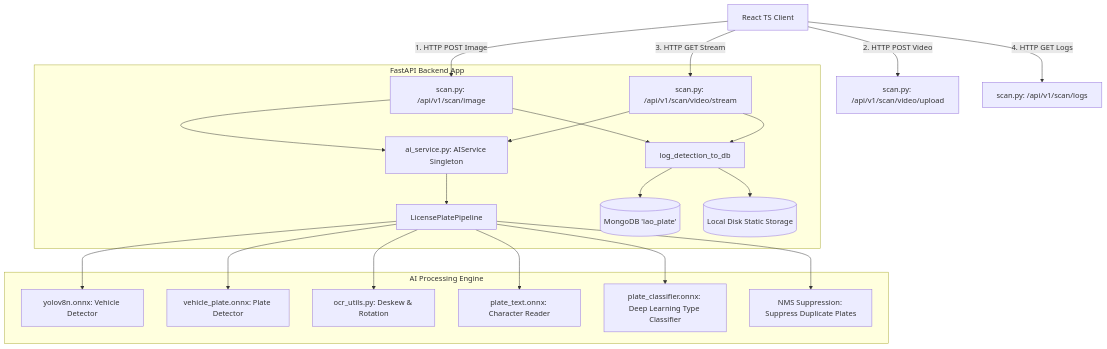
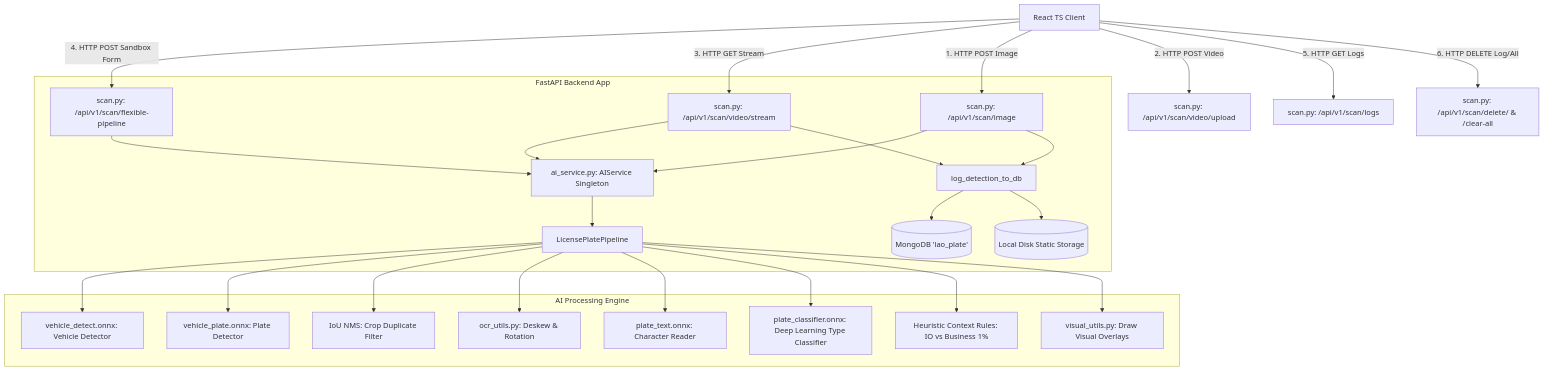
Before and after one commit to Billion101/laolicenceplate: the first of 2 diagrams in dev-document/ARCHITECTURE.md, drawn with Mermaid. The commit also changed other lines of this file and 3 other files, not shown here.

````diff
--- a/dev-document/ARCHITECTURE.md
+++ b/dev-document/ARCHITECTURE.md
@@ -11,26 +11,31 @@
 ```mermaid
 graph TD
     Client[React TS Client] -->|1. HTTP POST Image| API_Image[scan.py: /api/v1/scan/image]
     Client -->|2. HTTP POST Video| API_VidUp[scan.py: /api/v1/scan/video/upload]
     Client -->|3. HTTP GET Stream| API_VidStr[scan.py: /api/v1/scan/video/stream]
-    Client -->|4. HTTP GET Logs| API_Logs[scan.py: /api/v1/scan/logs]
+    Client -->|4. HTTP POST Sandbox Form| API_Sandbox[scan.py: /api/v1/scan/flexible-pipeline]
+    Client -->|5. HTTP GET Logs| API_Logs[scan.py: /api/v1/scan/logs]
+    Client -->|6. HTTP DELETE Log/All| API_Del[scan.py: /api/v1/scan/delete/ & /clear-all]
     
     subgraph FastAPI Backend App
         API_Image --> AIService[ai_service.py: AIService Singleton]
         API_VidStr --> AIService
+        API_Sandbox --> AIService
         AIService --> Pipeline[LicensePlatePipeline]
         API_Image --> DB_Log[log_detection_to_db]
         API_VidStr --> DB_Log
         DB_Log --> MongoDB[(MongoDB 'lao_plate')]
         DB_Log --> LocalDisk[(Local Disk Static Storage)]
     end
     
     subgraph AI Processing Engine
-        Pipeline --> Stage1[yolov8n.onnx: Vehicle Detector]
+        Pipeline --> Stage1[vehicle_detect.onnx: Vehicle Detector]
         Pipeline --> Stage2[vehicle_plate.onnx: Plate Detector]
+        Pipeline --> NMS_Crops[IoU NMS: Crop Duplicate Filter]
         Pipeline --> Stage3[ocr_utils.py: Deskew & Rotation]
         Pipeline --> Stage4[plate_text.onnx: Character Reader]
         Pipeline --> Stage5[plate_classifier.onnx: Deep Learning Type Classifier]
-        Pipeline --> Stage6[NMS Suppression: Suppress Duplicate Plates]
+        Pipeline --> Stage6[Heuristic Context Rules: IO vs Business 1%]
+        Pipeline --> Stage7[visual_utils.py: Draw Visual Overlays]
     end
 ```
````
